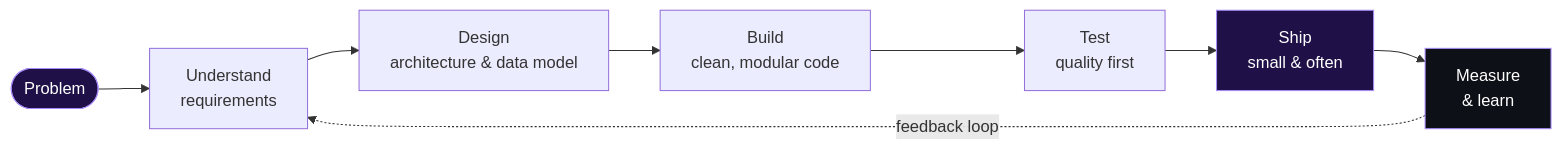
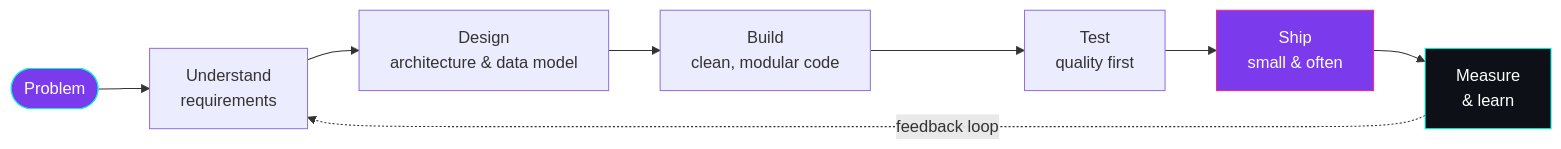
Before and after one commit to khaledhasanmilu/khaledhasanmilu: the first of 2 diagrams in README.md, drawn with Mermaid. The commit also changed other lines of this file, not shown here.

````diff
--- a/README.md
+++ b/README.md
@@ -59,14 +59,14 @@
 ```mermaid
 flowchart LR
     A([Problem]) --> B[Understand<br/>requirements]
     B --> C[Design<br/>architecture & data model]
     C --> D[Build<br/>clean, modular code]
     D --> E[Test<br/>quality first]
     E --> F[Ship<br/>small & often]
     F --> G[Measure<br/>& learn]
     G -.feedback loop.-> B
 
-    style A fill:#1f1147,stroke:#a78bfa,color:#fff
-    style F fill:#1f1147,stroke:#a78bfa,color:#fff
-    style G fill:#0d1117,stroke:#a78bfa,color:#fff
+    style A fill:#7c3aed,stroke:#00f5d4,color:#fff
+    style F fill:#7c3aed,stroke:#f72585,color:#fff
+    style G fill:#0d1117,stroke:#00f5d4,color:#fff
 ```
````
